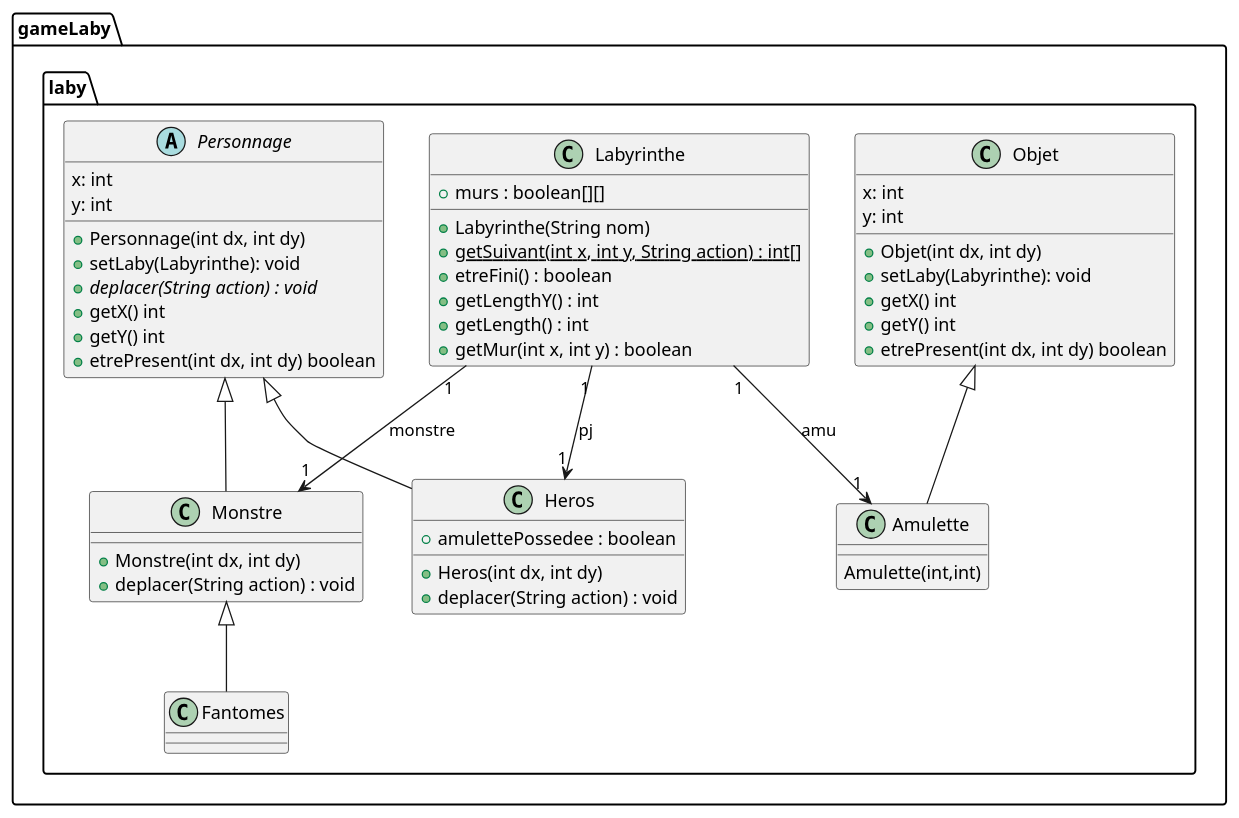
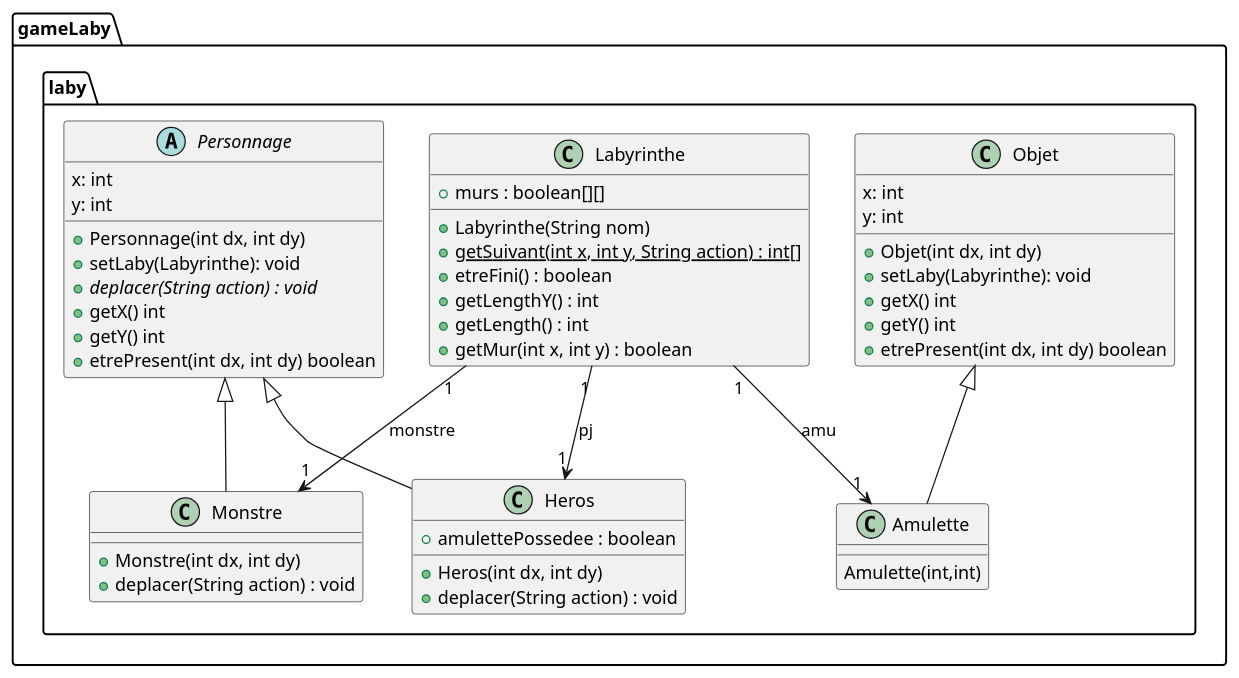
Before and after one commit to crochetremi/2025_Zeldiablo2_e20157u_e82008u_e89209u_e26078u: the diagram in documents/version_4/DC_LabyAmulette.puml, drawn with PlantUML. The commit also changed 7 other files, not shown here.

```diff
--- a/documents/version_4/DC_LabyAmulette.puml
+++ b/documents/version_4/DC_LabyAmulette.puml
@@ -1,156 +1,153 @@
 @startuml
 
 
 package "gameLaby.laby" {
 
     /'interface Jeu {
             +update(double secondes, Clavier clavier) : void
             +etreFini() : boolean
     }'/
 
     /'class Main {
         +{static} main(String[] args) : void
     }'/
 
     /'class MainLaby {
         +{static} main(String[] args) : void
     }'/
 
     /'class LabyJeu {
         '+laby : Labyrinthe
         +perso : Personnage
         +monstre : Personnage
         +LabyJeu():
         +LabyJeu(String):
         +update(double secondes, Clavier clavier) : void
         +init() : void
         +etreFini() : boolean
     }'/
 
     /'class LabyDessin {
         +dessinerJeu(Jeu jeu, Canvas canvas) : void
     }'/
 
     class Labyrinthe {
         /'
         +{static} MUR : char = 'X'
         +{static} PJ : char = 'P'
         +{static} M : char = 'M'
         +{static} VIDE : char = '.'
         +{static} HAUT : String = "Haut"
         +{static} BAS : String = "Bas"
         +{static} GAUCHE : String = "Gauche"
         +{static} DROITE : String = "Droite"
         '/
         +murs : boolean[][]
         +Labyrinthe(String nom)
         +{static} getSuivant(int x, int y, String action) : int[]
         +etreFini() : boolean
         +getLengthY() : int
         +getLength() : int
         +getMur(int x, int y) : boolean
     }
 
         abstract class Personnage {
             x: int
             y: int
             +Personnage(int dx, int dy)
             +setLaby(Labyrinthe): void
             +{abstract} deplacer(String action) : void
             +getX() int
             +getY() int
             +etrePresent(int dx, int dy) boolean
         }
 
 
     class Heros {
         + amulettePossedee : boolean
         +Heros(int dx, int dy)
         +deplacer(String action) : void
     }
 
     class Monstre {
         +Monstre(int dx, int dy)
         +deplacer(String action) : void
     }
 
-    class Fantomes{
-    }
 
     class Objet{
         x: int
         y: int
         +Objet(int dx, int dy)
         +setLaby(Labyrinthe): void
         +getX() int
         +getY() int
         +etrePresent(int dx, int dy) boolean
     }
 
     class Amulette{
         Amulette(int,int)
     }
 
 }
 
 package "moteurJeu" {
     interface Jeu {
         +update(double secondes, Clavier clavier) : void
         +etreFini() : boolean
     }
 
     interface DessinJeu {
         +dessinerJeu(Jeu jeu, Canvas canvas) : void
     }
 
     class Clavier {
         +bas : boolean
         +haut : boolean
         +gauche : boolean
         +droite : boolean
     }
 
     class MoteurJeu {
         +{static} setTaille(int width, int height) : void
         +{static} setFPS(int fps) : void
         +{static} launch(Jeu jeu, DessinJeu dessin) : void
     }
 }
 
 ' Relations
 /'Jeu <|.. LabyJeu
 DessinJeu <|.. LabyDessin
 
 Labyrinthe --> Monstre
 Labyrinthe --> Heros
 
 
 LabyJeu --> Labyrinthe : contains
 Personnage <|-- Heros
 Personnage <|-- Monstre
 Labyrinthe --> Personnage
 
 
 Main ..> Labyrinthe : uses
 MainLaby ..> LabyJeu : creates
 MainLaby ..> LabyDessin : creates
 MainLaby ..> MoteurJeu : uses
 
 LabyJeu ..> Clavier : uses
 LabyDessin ..> LabyJeu : uses
 '/
 
 Labyrinthe "1" --> "1" Monstre : monstre
 Labyrinthe "1" --> "1" Heros : pj
 Labyrinthe "1" --> "1" Amulette : amu
 
 Personnage <|-- Heros
 Personnage <|-- Monstre
-Monstre <|-- Fantomes
 Objet <|-- Amulette
 
 
 
 remove moteurJeu
 
 @enduml
```
